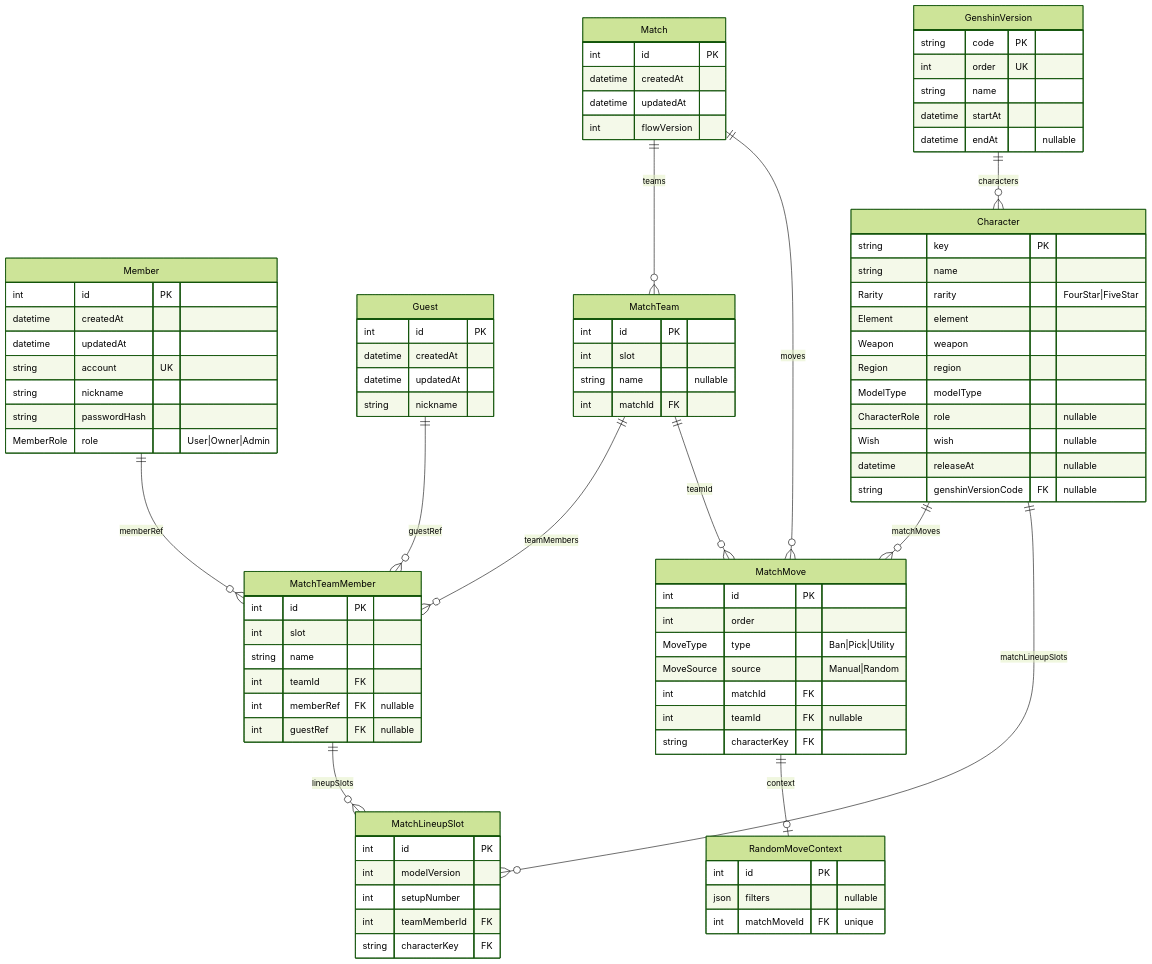
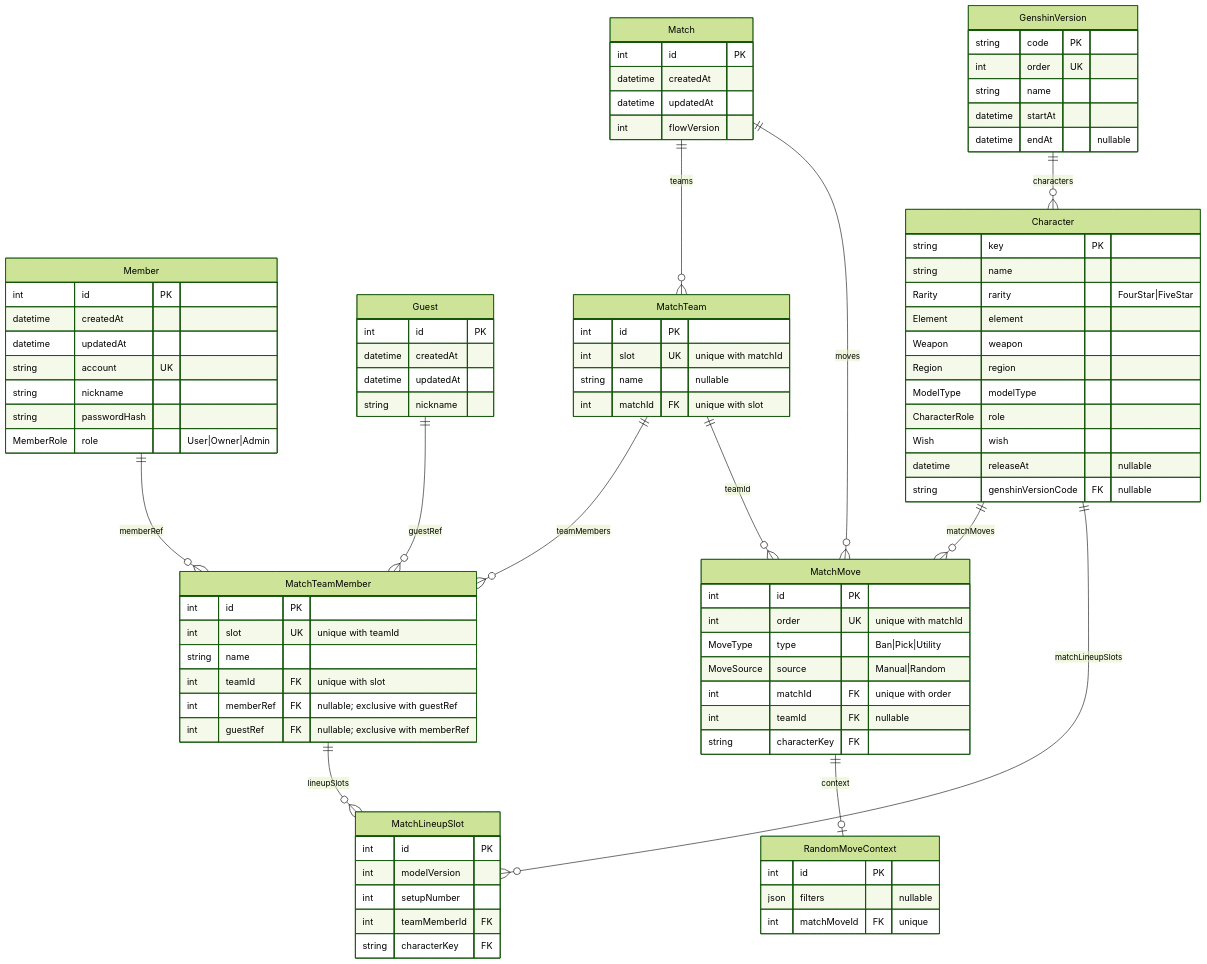
Before and after one commit to Cyril0314/Genshin-Ban-Pick: the diagram in docs/db-schema.md, drawn with Mermaid (forest theme). The commit also changed other lines of this file and 1 other file, not shown here.

```diff
--- a/docs/db-schema.md
+++ b/docs/db-schema.md
@@ -49,18 +49,18 @@
 
     MatchTeam {
         int    id PK
-        int    slot
+        int    slot UK "unique with matchId"
         string name "nullable"
-        int    matchId FK
+        int    matchId FK "unique with slot"
     }
 
     MatchTeamMember {
         int    id PK
-        int    slot
+        int    slot UK "unique with teamId"
         string name
-        int    teamId FK
-        int    memberRef FK "nullable"
-        int    guestRef FK "nullable"
+        int    teamId FK "unique with slot"
+        int    memberRef FK "nullable; exclusive with guestRef"
+        int    guestRef FK "nullable; exclusive with memberRef"
     }
 
     MatchLineupSlot {
@@ -73,10 +73,10 @@
 
     MatchMove {
         int        id PK
-        int        order
+        int        order UK "unique with matchId"
         MoveType   type "Ban|Pick|Utility"
         MoveSource source "Manual|Random"
-        int        matchId FK
+        int        matchId FK "unique with order"
         int        teamId FK "nullable"
         string     characterKey FK
     }
@@ -95,8 +95,8 @@
         Weapon        weapon
         Region        region
         ModelType     modelType
-        CharacterRole role "nullable"
-        Wish          wish "nullable"
+        CharacterRole role
+        Wish          wish
         datetime      releaseAt "nullable"
         string        genshinVersionCode FK "nullable"
     }
```
